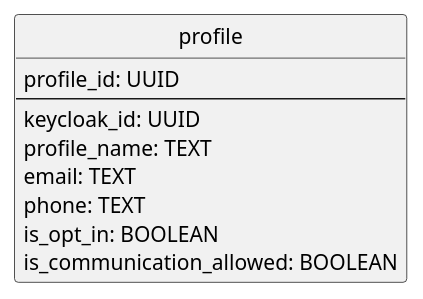
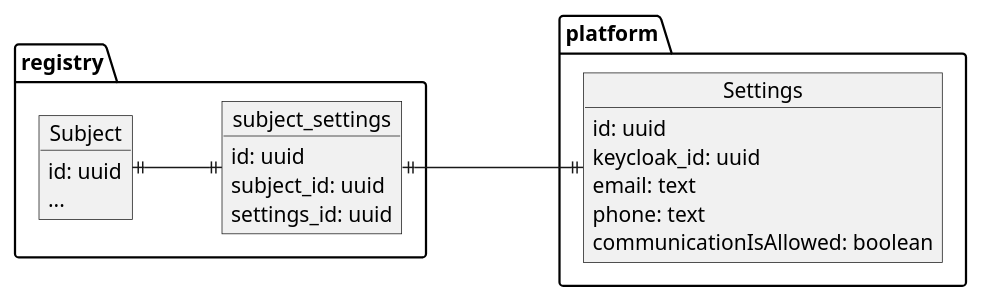
Before and after one commit to epam/edp-ddm-architecture: the first of 2 diagrams in modules/ROOT/pages/datafactory/settings.adoc, drawn with PlantUML. The commit also changed other lines of this file and 1 other file, not shown here.

Commit message:
[MDTUDDM-5446] User settings updated

```diff
--- a/modules/ROOT/pages/datafactory/settings.adoc
+++ b/modules/ROOT/pages/datafactory/settings.adoc
@@ -81,21 +80,36 @@
 [plantuml]
 ----
 @startuml
 skinparam monochrome true
-hide circle
+left to right direction
 
+namespace registry {
+object "Subject" as s  {
+  id: uuid
+  ...
+}
 
-            entity profile {
-                profile_id: UUID
-                --
-                keycloak_id: UUID
-                profile_name: TEXT
-'                settings: JSONB
-                email: TEXT
-                phone: TEXT
-                is_opt_in: BOOLEAN
-                is_communication_allowed: BOOLEAN
-            }
+object "subject_settings" as sp {
+  id: uuid
+  subject_id: uuid
+  settings_id: uuid
+}
+}
+
+namespace platform {
+
+object "Settings" as settings  {
+  id: uuid
+  keycloak_id: uuid
+  email: text
+  phone: text
+  communicationIsAllowed: boolean
+}
+
+}
+
+s ||--|| sp
+sp ||---|| settings
 
 @enduml
 ----
```
